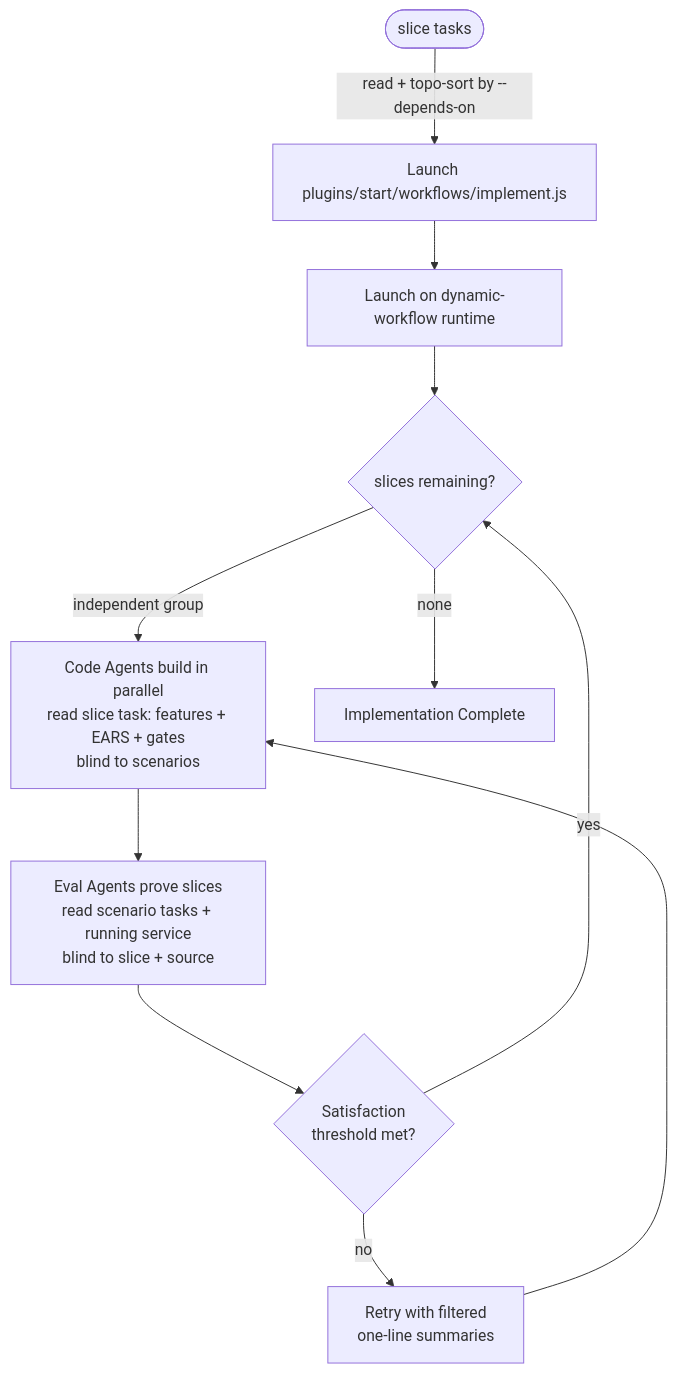
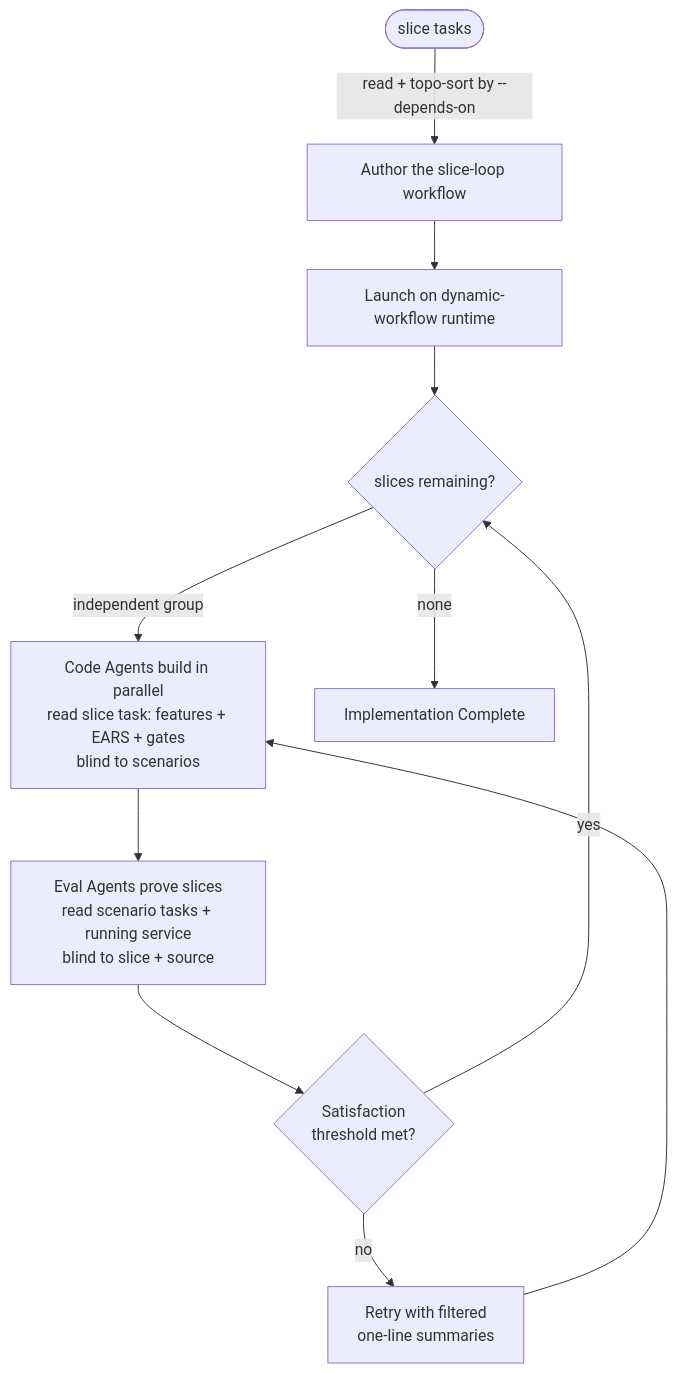
Before and after one commit to rsmdt/the-startup: the second of 10 diagrams in plugins/start/README.md, drawn with Mermaid. The commit also changed other lines of this file and 2 other files, not shown here.

````diff
--- a/plugins/start/README.md
+++ b/plugins/start/README.md
@@ -120,13 +119,13 @@
 ```mermaid
 flowchart TD
-    A([slice tasks]) --> |read + topo-sort by --depends-on| B[Launch plugins/start/workflows/implement.js]
+    A([slice tasks]) --> |read + topo-sort by --depends-on| B[Author the slice-loop workflow]
     B --> C[Launch on dynamic-workflow runtime]
     C --> D{slices remaining?}
     D --> |independent group| E[Code Agents build in parallel<br/>read slice task: features + EARS + gates<br/>blind to scenarios]
     E --> F[Eval Agents prove slices<br/>read scenario tasks + running service<br/>blind to slice + source]
     F --> G{Satisfaction<br>threshold met?}
     G --> |no| H[Retry with filtered<br/>one-line summaries]
     H --> E
     G --> |yes| D
     D --> |none| END[Implementation Complete]
 ```
````
